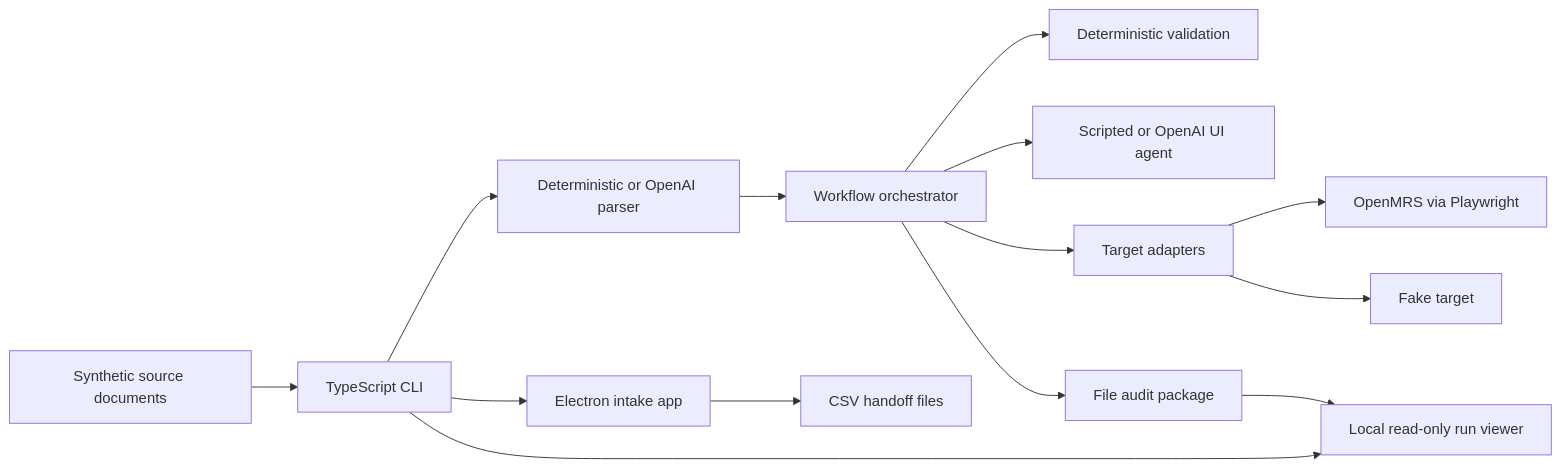
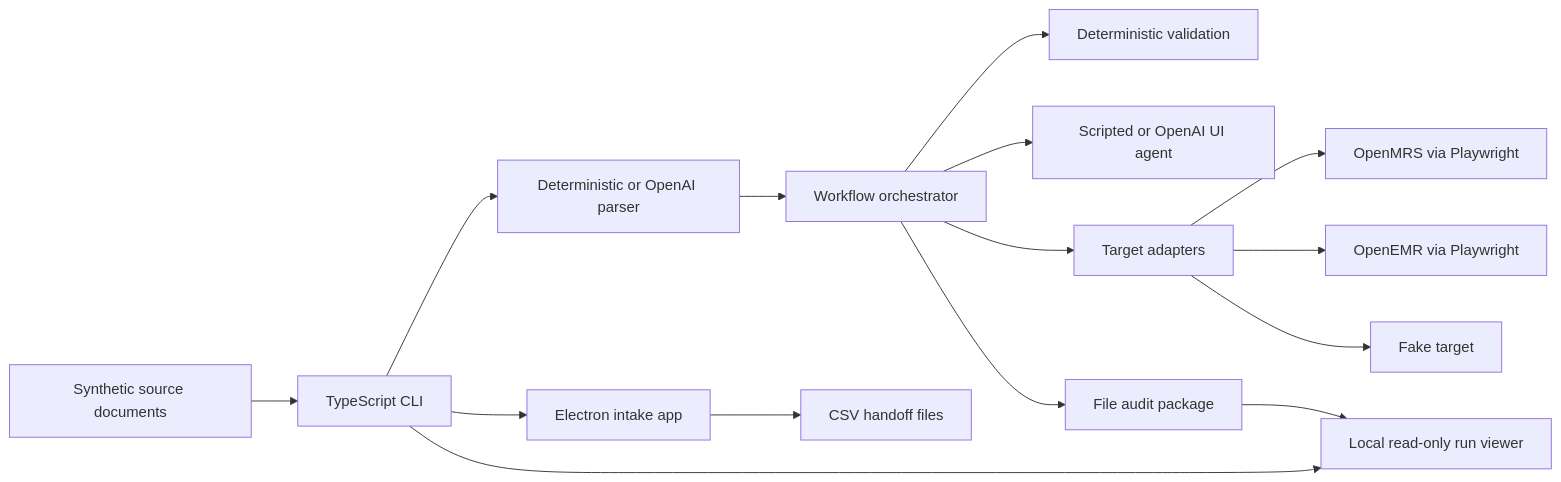
One commit to wm-pxel/agentic-ui-automation changed the first of 2 diagrams in README.md. Above: the diagram before and after it, drawn with Mermaid. The commit also changed other lines of this file and 19 other files, not shown here.

Commit message:
Add OpenEMR target flexibility demo

````diff
--- a/README.md
+++ b/README.md
@@ -163,16 +168,17 @@
 ```mermaid
 flowchart LR
   Source["Synthetic source documents"] --> CLI["TypeScript CLI"]
   CLI --> Parser["Deterministic or OpenAI parser"]
   Parser --> Orchestrator["Workflow orchestrator"]
   Orchestrator --> Validation["Deterministic validation"]
   Orchestrator --> Agent["Scripted or OpenAI UI agent"]
   Orchestrator --> Targets["Target adapters"]
   Targets --> OpenMRS["OpenMRS via Playwright"]
+  Targets --> OpenEMR["OpenEMR via Playwright"]
   Targets --> Fake["Fake target"]
   CLI --> DesktopApp["Electron intake app"]
   DesktopApp --> Handoff["CSV handoff files"]
   Orchestrator --> Audit["File audit package"]
   CLI --> Viewer["Local read-only run viewer"]
   Audit --> Viewer
 ```
````
